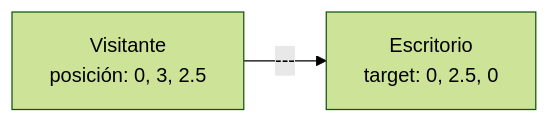
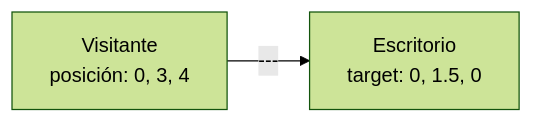
One commit to Palcojulian/portafolio changed the second of 2 diagrams in docs/01-arquitectura/vision-general.md. Above: the diagram before and after it, drawn with Mermaid (forest theme). The commit also changed other lines of this file and 7 other files, not shown here.

````diff
--- a/docs/01-arquitectura/vision-general.md
+++ b/docs/01-arquitectura/vision-general.md
@@ -78,4 +78,4 @@
 ```mermaid
 graph LR
-    A[Visitante<br/>posición: 0, 3, 2.5] -->|---| B[Escritorio<br/>target: 0, 2.5, 0]
+    A[Visitante<br/>posición: 0, 3, 4] -->|---| B[Escritorio<br/>target: 0, 1.5, 0]
 ```
````
